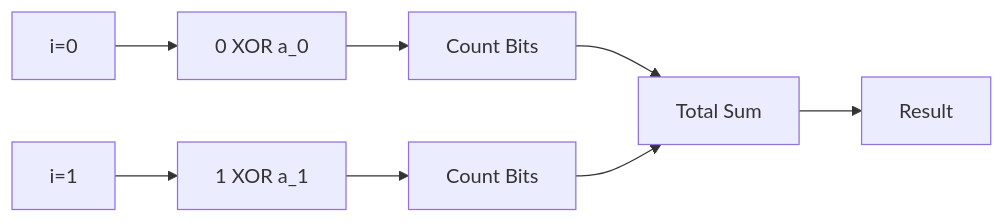
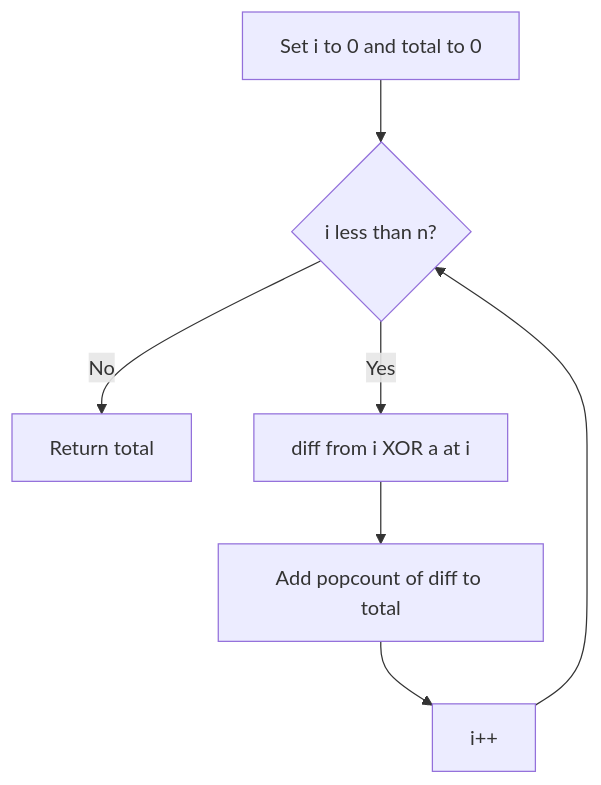
The diagram in dsa-problems/Bitwise/editorials/BIT-007-count-set-bits-indexed-xor.md (GundalaNikhil/DSA), drawn with Mermaid before and after one commit. The commit also changed other lines of this file and 429 other files, not shown here.

````diff
--- a/dsa-problems/Bitwise/editorials/BIT-007-count-set-bits-indexed-xor.md
+++ b/dsa-problems/Bitwise/editorials/BIT-007-count-set-bits-indexed-xor.md
@@ -60,10 +62,9 @@
 ```mermaid
-graph LR
-    Index0[i=0] --> XOR0[0 XOR a_0]
-    XOR0 --> Count0[Count Bits]
-    Index1[i=1] --> XOR1[1 XOR a_1]
-    XOR1 --> Count1[Count Bits]
-    Count0 --> Sum[Total Sum]
-    Count1 --> Sum
-    Sum --> Result
+flowchart TD
+    A[Set i to 0 and total to 0] --> B{i less than n?}
+    B -- No --> G[Return total]
+    B -- Yes --> C[diff from i XOR a at i]
+    C --> D[Add popcount of diff to total]
+    D --> E[i++]
+    E --> B
 ```
````
